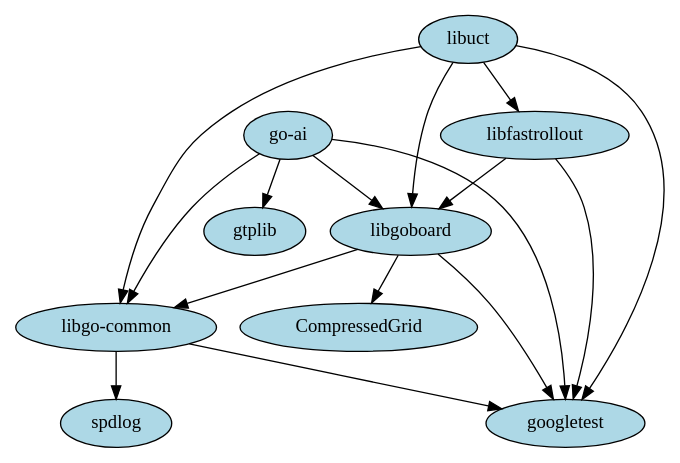
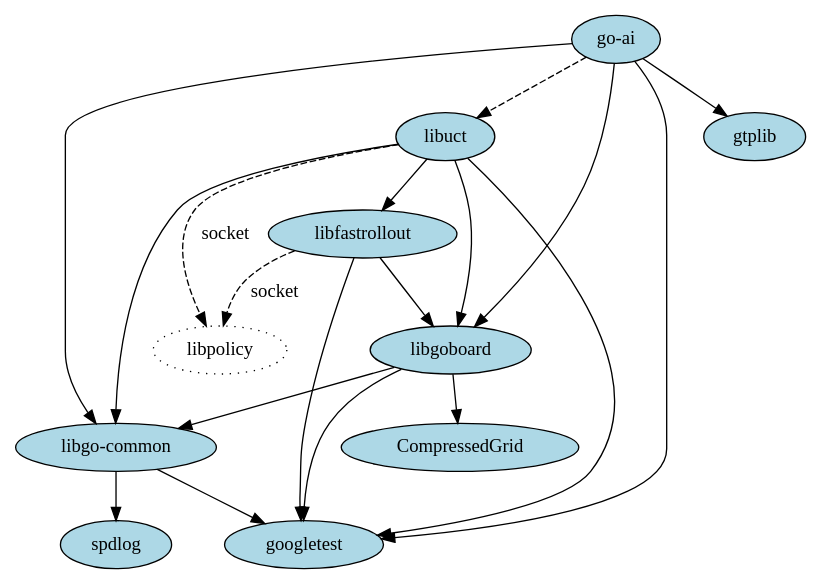
The diagram in dep.dot (sjtu-ai-go/meta), drawn with Graphviz before and after one commit. The commit also changed 1 other file, not shown here.

```diff
--- a/dep.dot
+++ b/dep.dot
@@ -1,23 +1,29 @@
 digraph DepG
 {
     node [style=filled fillcolor=lightblue]
     "go-ai" -> libgoboard
     "go-ai" -> googletest
     "go-ai" -> gtplib
     "go-ai" -> "libgo-common"
+    "go-ai" -> "libuct" [style="dashed"];
+
+    libpolicy [style="dotted"];
 
     libfastrollout -> googletest
     libfastrollout -> libgoboard
+    libfastrollout -> libpolicy [style="dashed", label="socket"];
 
     libgoboard -> CompressedGrid
     libgoboard -> googletest
     libgoboard -> "libgo-common"
 
     "libgo-common" -> spdlog
     "libgo-common" -> googletest
 
     libuct -> googletest
     libuct -> libfastrollout
     libuct -> "libgo-common"
     libuct -> libgoboard
+
+    libuct -> libpolicy [style="dashed", label="socket"];
 }
```
